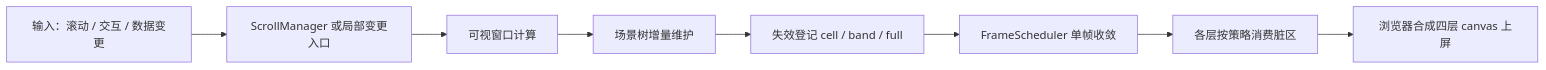
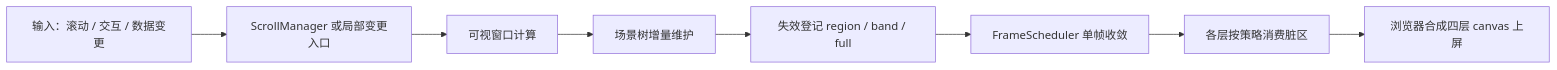
One commit to cabinet-fe/infinite-table changed the first of 2 diagrams in website/guide/rendering-pipeline.md. Above: the diagram before and after it, drawn with Mermaid. The commit also changed other lines of this file and 17 other files, not shown here.

````diff
--- a/website/guide/rendering-pipeline.md
+++ b/website/guide/rendering-pipeline.md
@@ -7,10 +7,10 @@
 ```mermaid
 flowchart LR
   A[输入：滚动 / 交互 / 数据变更] --> B[ScrollManager 或局部变更入口]
   B --> C[可视窗口计算]
   C --> D[场景树增量维护]
-  D --> E[失效登记 cell / band / full]
+  D --> E[失效登记 region / band / full]
   E --> F[FrameScheduler 单帧收敛]
   F --> G[各层按策略消费脏区]
   G --> H[浏览器合成四层 canvas 上屏]
 ```
````
